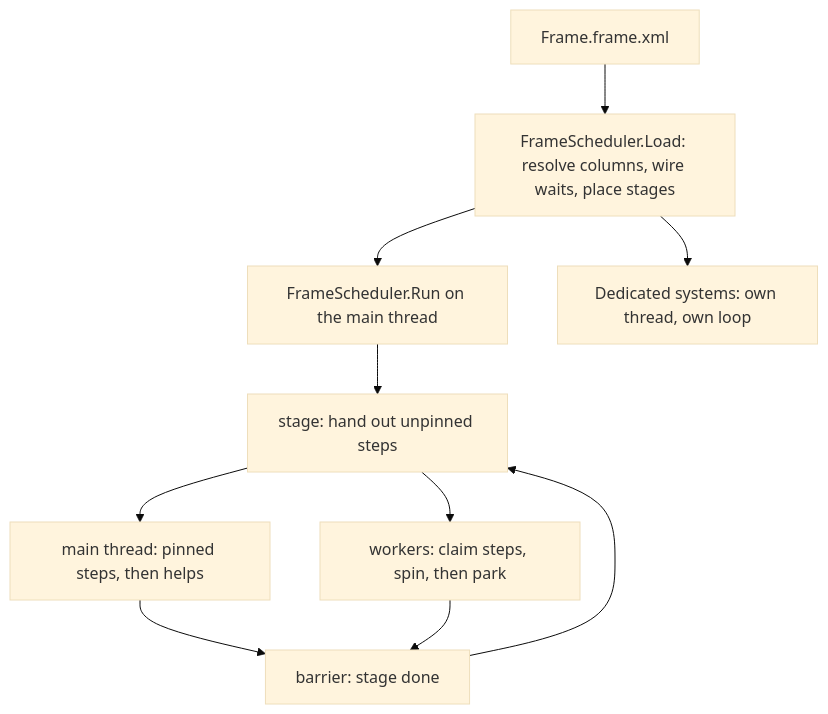
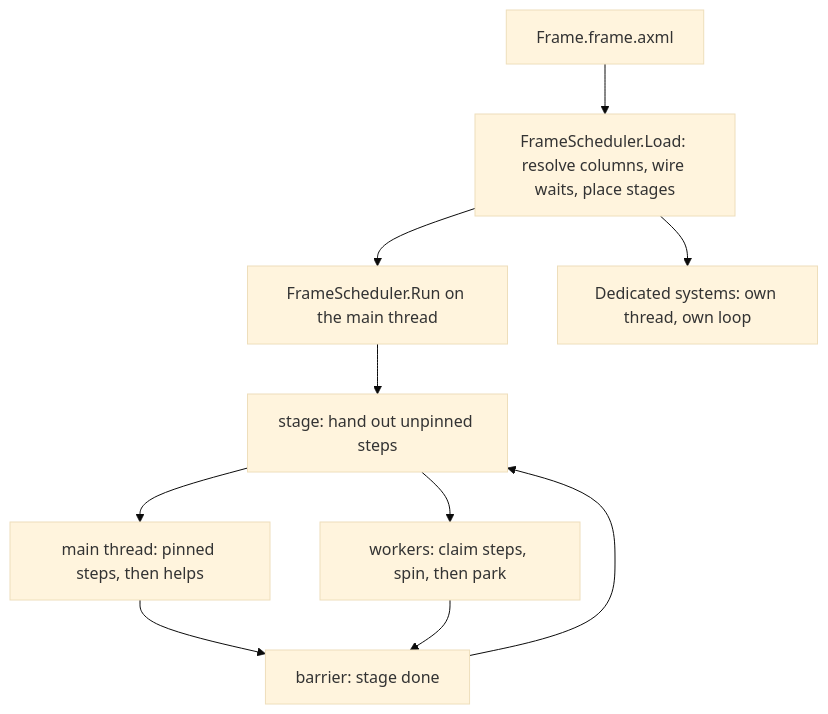
The diagram in DOCUMENTATION/Engine/Systems/THREADING.md (NexerG/Project-Aurora), drawn with Mermaid (base theme) before and after one commit. The commit also changed other lines of this file and 377 other files, not shown here.

First line of the commit message:
Rename Aurora's XML files to .axml and register file types with the OS

````diff
--- a/DOCUMENTATION/Engine/Systems/THREADING.md
+++ b/DOCUMENTATION/Engine/Systems/THREADING.md
@@ -32,12 +32,12 @@
 ```mermaid
 graph TD
-  XML[Frame.frame.xml] --> Load[FrameScheduler.Load: resolve columns, wire waits, place stages]
+  XML[Frame.frame.axml] --> Load[FrameScheduler.Load: resolve columns, wire waits, place stages]
   Load --> Run[FrameScheduler.Run on the main thread]
   Run --> Stage[stage: hand out unpinned steps]
   Stage --> Main[main thread: pinned steps, then helps]
   Stage --> Workers[workers: claim steps, spin, then park]
   Main --> Barrier[barrier: stage done]
   Workers --> Barrier
   Barrier --> Stage
   Load --> Dedicated[Dedicated systems: own thread, own loop]
 ```
````
